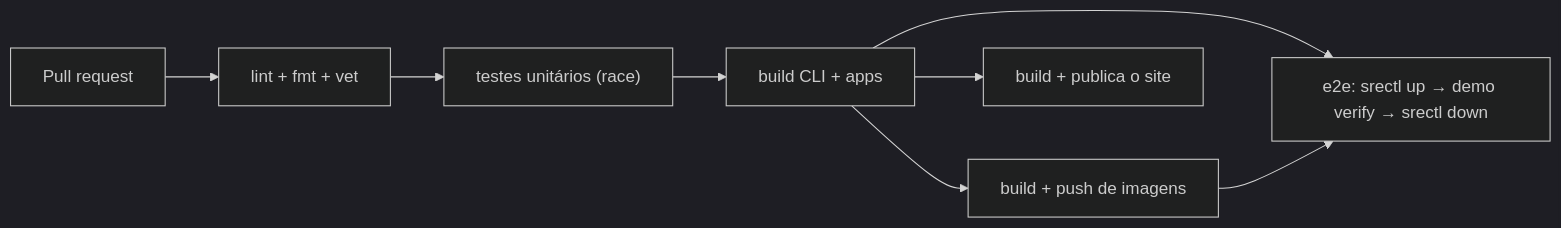
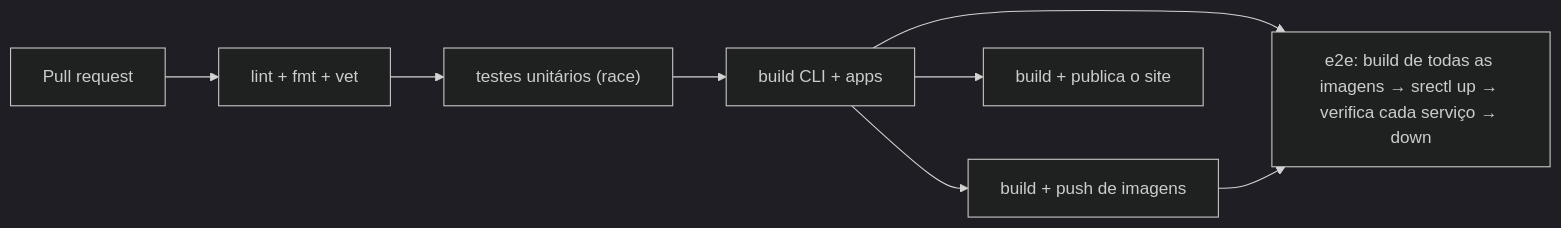
One commit to fabianoflorentino/srectl changed the diagram in docs/pt-br/CI_CD.md. Above: the diagram before and after it, drawn with Mermaid (dark theme). The commit also changed other lines of this file and 4 other files, not shown here.

````diff
--- a/docs/pt-br/CI_CD.md
+++ b/docs/pt-br/CI_CD.md
@@ -8,10 +8,10 @@
 ```mermaid
 flowchart LR
     PR["Pull request"] --> L["lint + fmt + vet"]
     L --> T["testes unitários (race)"]
     T --> B["build CLI + apps"]
     B --> IMG["build + push de imagens"]
-    B --> E2E["e2e: srectl up → demo verify → srectl down"]
+    B --> E2E["e2e: build de todas as imagens → srectl up → verifica cada serviço → down"]
     IMG --> E2E
     B --> SITE["build + publica o site"]
 ```
````
